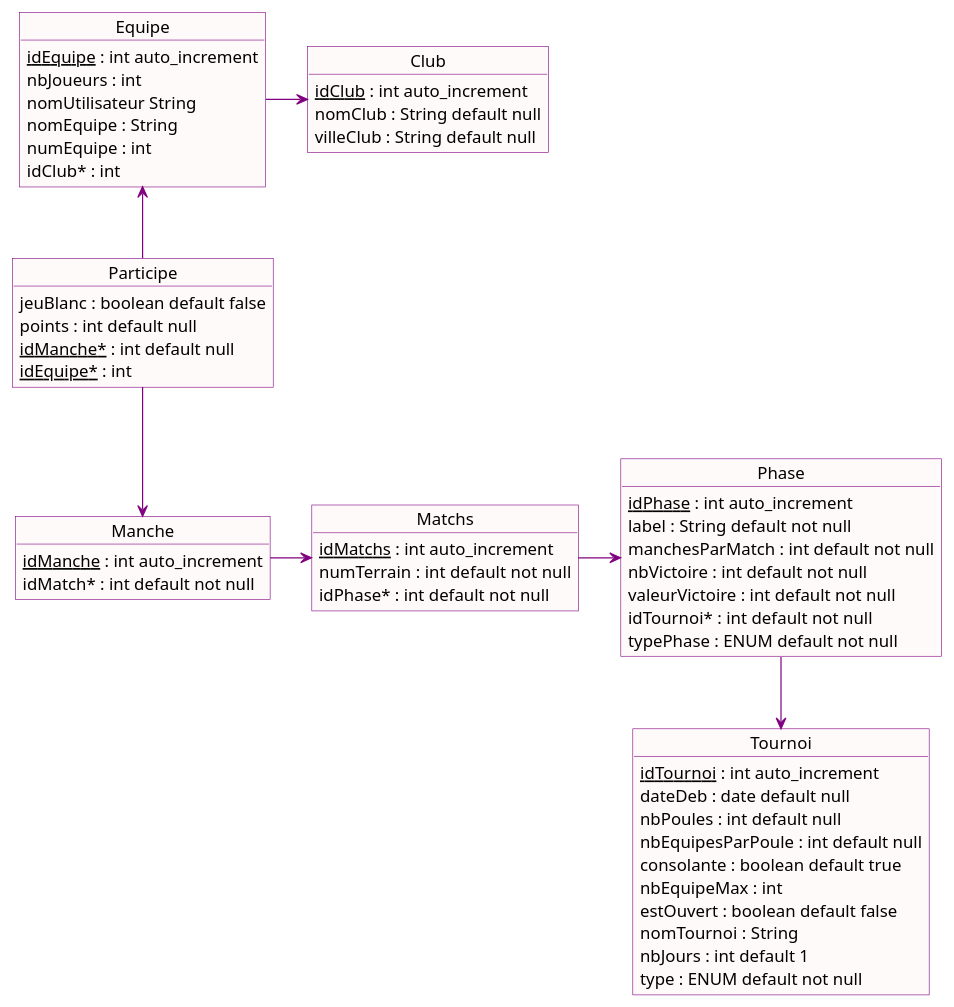
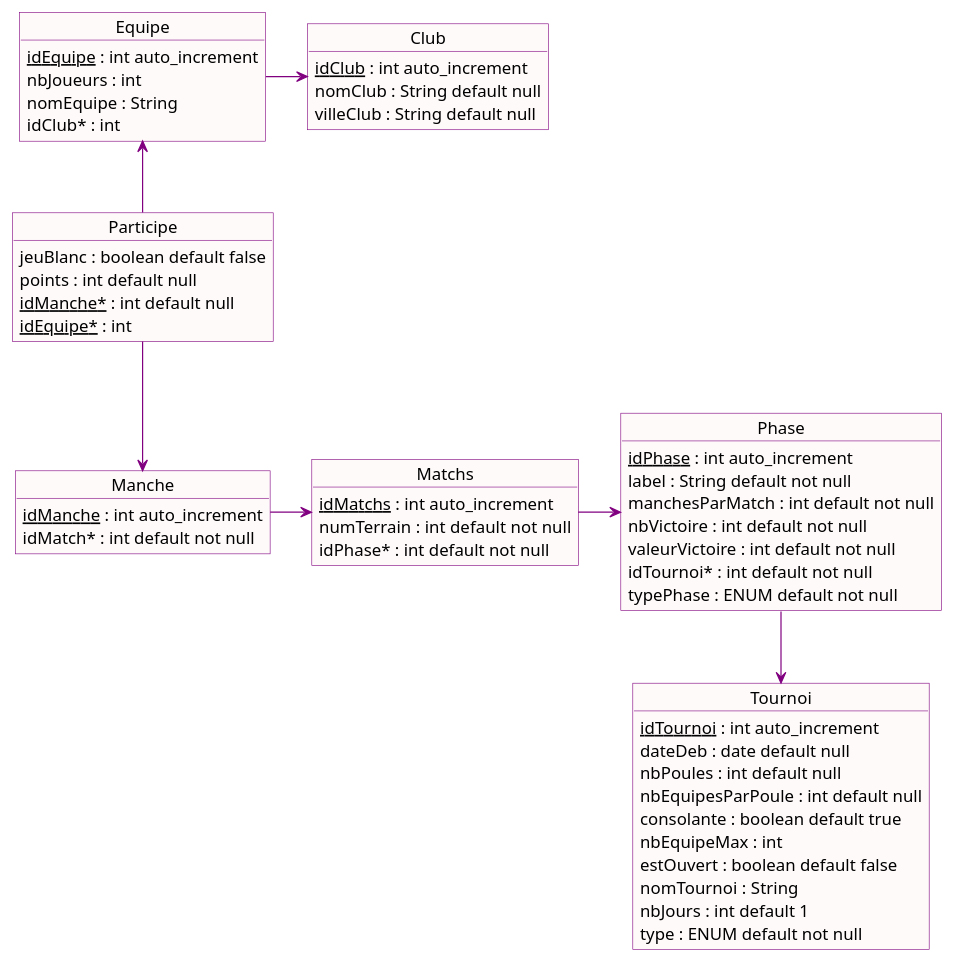
Before and after one commit to Thessalene/MolkkyAppAndroid: the diagram in Documentation/src/main/java/com/jeanloth/project/android/kotlin/documentation/assets/conception.puml, drawn with PlantUML. The commit also changed 41 other files, not shown here.

```diff
--- a/Documentation/src/main/java/com/jeanloth/project/android/kotlin/documentation/assets/conception.puml
+++ b/Documentation/src/main/java/com/jeanloth/project/android/kotlin/documentation/assets/conception.puml
@@ -1,75 +1,75 @@
 @startuml
 
 skinparam object {
     BackgroundColor Snow
     BorderColor Purple
     ArrowColor Purple
 
 }
 
 object Matchs{
     <u>idMatchs</u> : int auto_increment
     numTerrain : int default not null
     idPhase* : int default not null
 }
 
 object Manche{
     <u>idManche</u> : int auto_increment
     idMatch* : int default not null
 }
 
 object Phase{
     <u>idPhase</u> : int auto_increment
     label : String default not null
     manchesParMatch : int default not null
     nbVictoire : int default not null
     valeurVictoire : int default not null
     idTournoi* : int default not null
     typePhase : ENUM default not null
 }
 
 object Participe{
     jeuBlanc : boolean default false
     points : int default null
     <u>idManche*</u> : int default null
     <u>idEquipe*</u> : int 
 }
 
 object Equipe{
     <u>idEquipe</u> : int auto_increment
     nbJoueurs : int
-    nomUtilisateur String
+    'nomUtilisateur String
     nomEquipe : String
-    numEquipe : int
+    'numEquipe : int
     idClub* : int
 }
 
 object Club{
     <u>idClub</u> : int auto_increment
     nomClub : String default null
     villeClub : String default null
 }
 
 object Tournoi{
     <u>idTournoi</u> : int auto_increment
     dateDeb : date default null
     nbPoules : int default null
     nbEquipesParPoule : int default null
     consolante : boolean default true
     nbEquipeMax : int
     estOuvert : boolean default false
     nomTournoi : String
     nbJours : int default 1
     type : ENUM default not null
 
 }
     
 Tournoi <-up- Phase
 Matchs -right-> Phase
 Matchs <-left- Manche
 Participe -down-> Manche
 Participe -up-> Equipe
 Club <-left- Equipe
 
 
 @enduml
```
